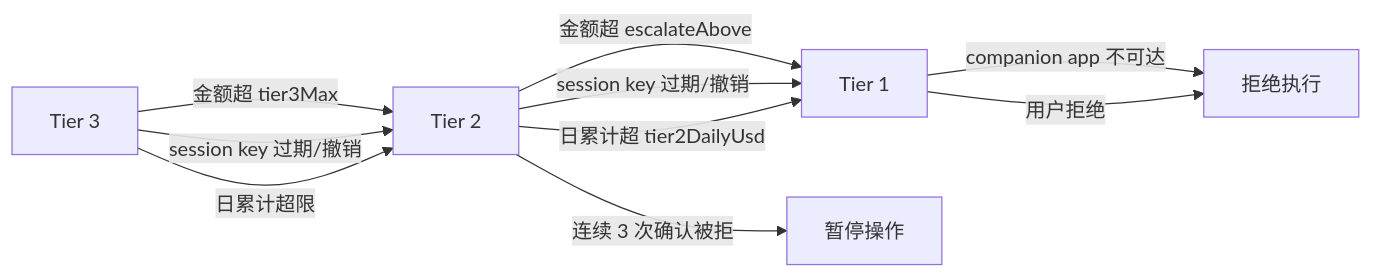
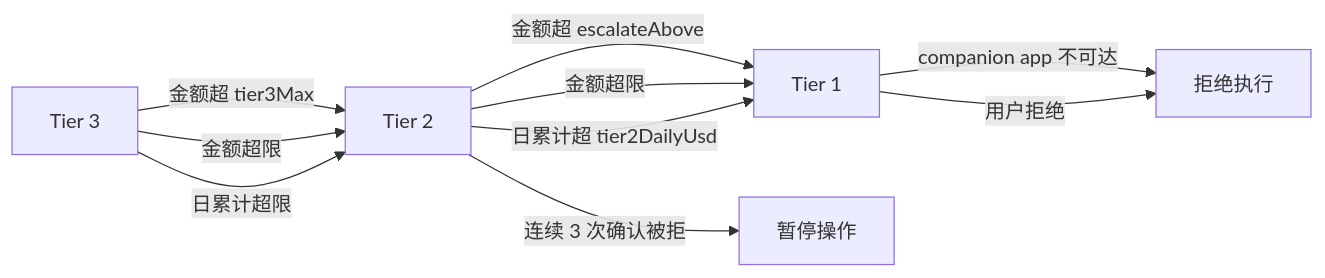
Before and after one commit to owliabot/owliabot: the second of 3 diagrams in docs/design/tier-policy.md, drawn with Mermaid. The commit also changed other lines of this file and 3 other files, not shown here.

First line of the commit message:
refactor: remove session key references from policy and docs

````diff
--- a/docs/design/tier-policy.md
+++ b/docs/design/tier-policy.md
@@ -635,14 +626,14 @@
 ```mermaid
 flowchart LR
     T3[Tier 3] -->|金额超 tier3Max| T2[Tier 2]
-    T3 -->|session key 过期/撤销| T2
+    T3 -->|金额超限| T2
     T3 -->|日累计超限| T2
     
     T2 -->|金额超 escalateAbove| T1[Tier 1]
-    T2 -->|session key 过期/撤销| T1
+    T2 -->|金额超限| T1
     T2 -->|日累计超 tier2DailyUsd| T1
     T2 -->|连续 3 次确认被拒| HALT[暂停操作]
     
     T1 -->|companion app 不可达| DENY[拒绝执行]
     T1 -->|用户拒绝| DENY
 ```
````
